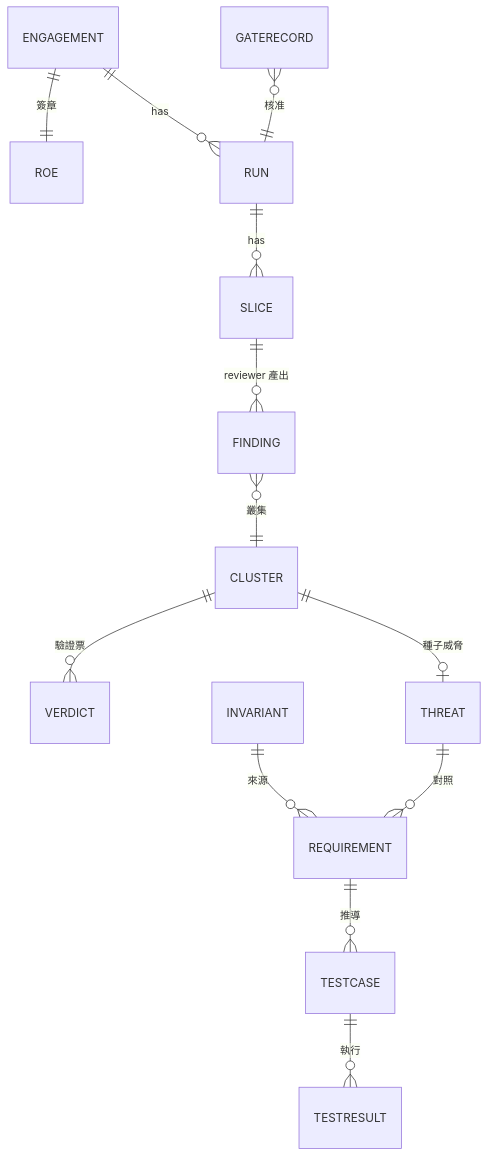
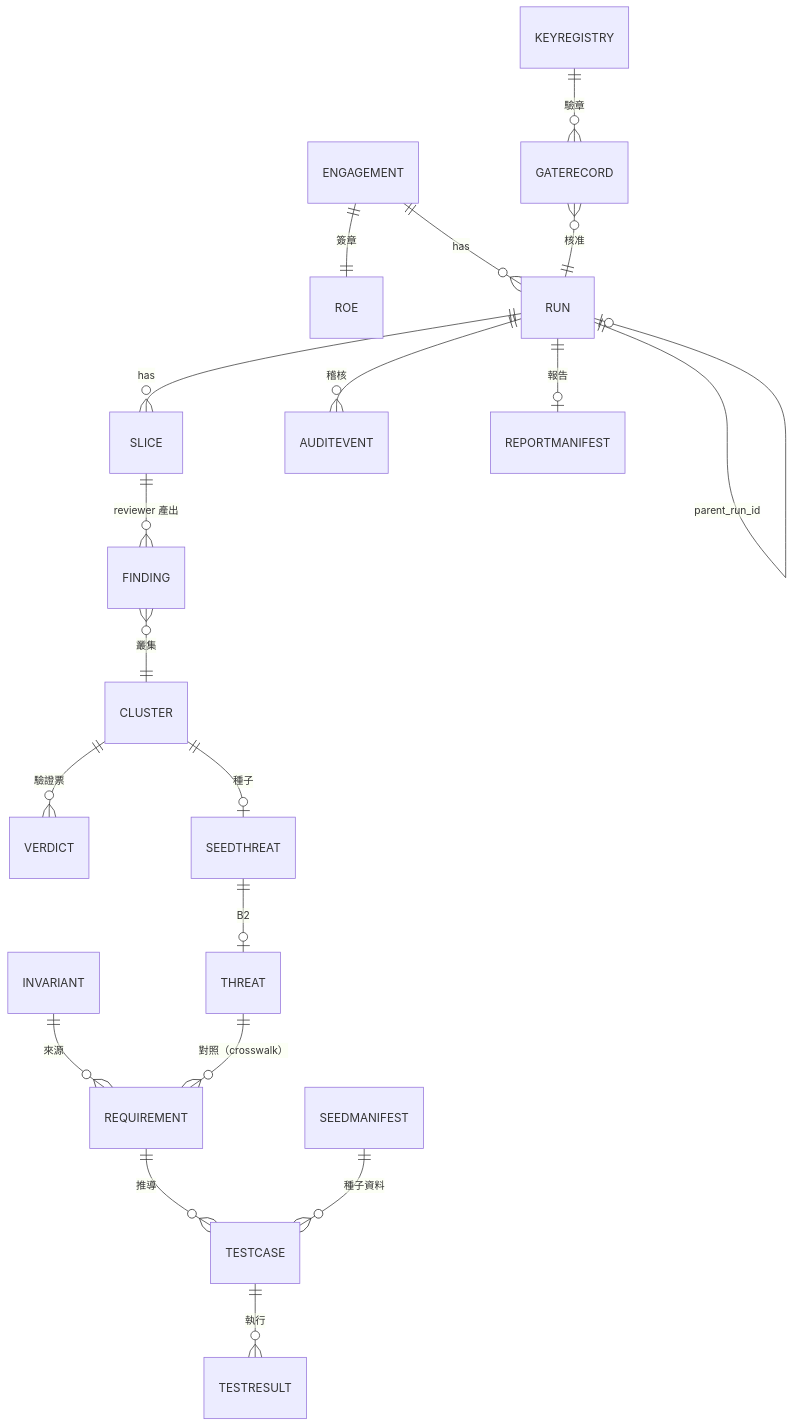
One commit to chinchiang/VibeCheckHarness changed the eighth of 10 diagrams in docs/03-system-architecture.md. Above: the diagram before and after it, drawn with Mermaid. The commit also changed other lines of this file and 132 other files, not shown here.

````diff
--- a/docs/03-system-architecture.md
+++ b/docs/03-system-architecture.md
@@ -420,15 +946,21 @@
 ```mermaid
 erDiagram
+  KEYREGISTRY ||--o{ GATERECORD : "驗章"
   ENGAGEMENT ||--|| ROE : "簽章"
   ENGAGEMENT ||--o{ RUN : has
+  RUN ||--o| RUN : "parent_run_id"
   RUN ||--o{ SLICE : has
   SLICE ||--o{ FINDING : "reviewer 產出"
   FINDING }o--|| CLUSTER : "叢集"
   CLUSTER ||--o{ VERDICT : "驗證票"
-  CLUSTER ||--o| THREAT : "種子威脅"
+  CLUSTER ||--o| SEEDTHREAT : "種子"
+  SEEDTHREAT ||--o| THREAT : "B2"
   INVARIANT ||--o{ REQUIREMENT : "來源"
-  THREAT ||--o{ REQUIREMENT : "對照"
+  THREAT ||--o{ REQUIREMENT : "對照（crosswalk）"
   REQUIREMENT ||--o{ TESTCASE : "推導"
   TESTCASE ||--o{ TESTRESULT : "執行"
+  SEEDMANIFEST ||--o{ TESTCASE : "種子資料"
   GATERECORD }o--|| RUN : "核准"
+  RUN ||--o{ AUDITEVENT : "稽核"
+  RUN ||--o| REPORTMANIFEST : "報告"
 ```
````
